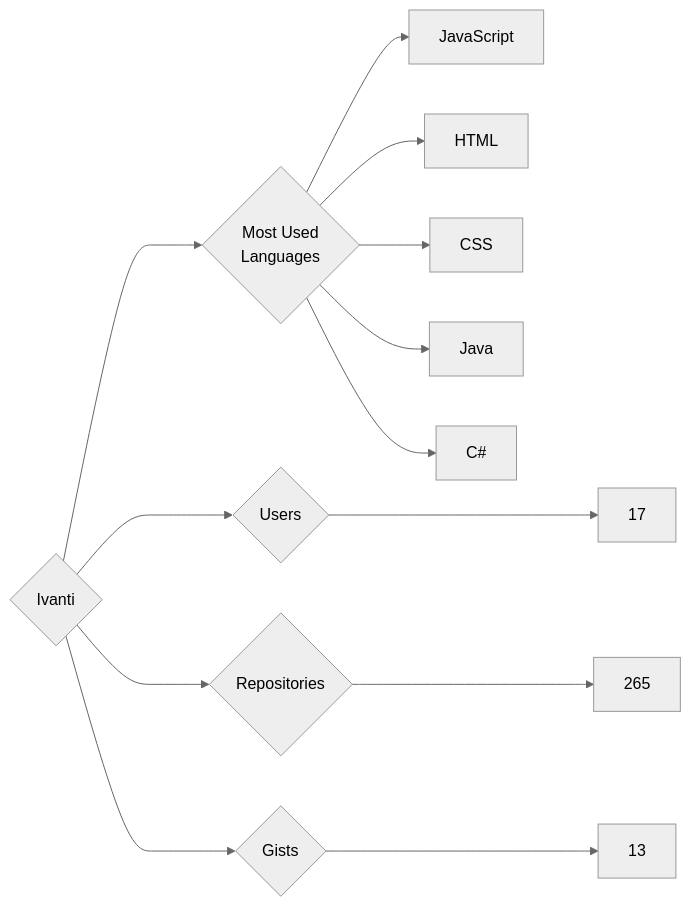
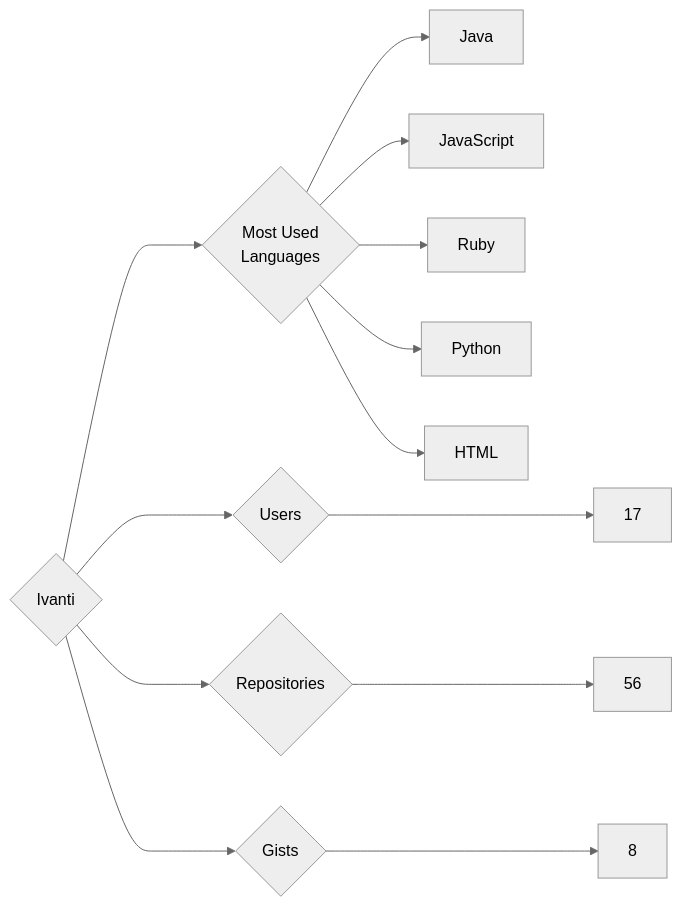
One commit to trickest/insiders changed the diagram in targets/Ivanti/README.md. Above: the diagram before and after it, drawn with Mermaid (neutral theme). The commit also changed 916 other files, not shown here.

````diff
--- a/targets/Ivanti/README.md
+++ b/targets/Ivanti/README.md
@@ -3,13 +3,13 @@
 ```mermaid
 graph LR
 COMPANY_NAME{Ivanti}
 COMPANY_NAME ---> U{Users} ---> UN[17]
-COMPANY_NAME ---> R{Repositories} ---> RN[265]
-COMPANY_NAME ---> G{Gists} ---> GN[13]
+COMPANY_NAME ---> R{Repositories} ---> RN[56]
+COMPANY_NAME ---> G{Gists} ---> GN[8]
 COMPANY_NAME ---> ML{Most Used<br>Languages}
+ML --> Java[Java]
 ML --> JavaScript[JavaScript]
+ML --> Ruby[Ruby]
+ML --> Python[Python]
 ML --> HTML[HTML]
-ML --> CSS[CSS]
-ML --> Java[Java]
-ML --> C#[C#]
 ```
````
